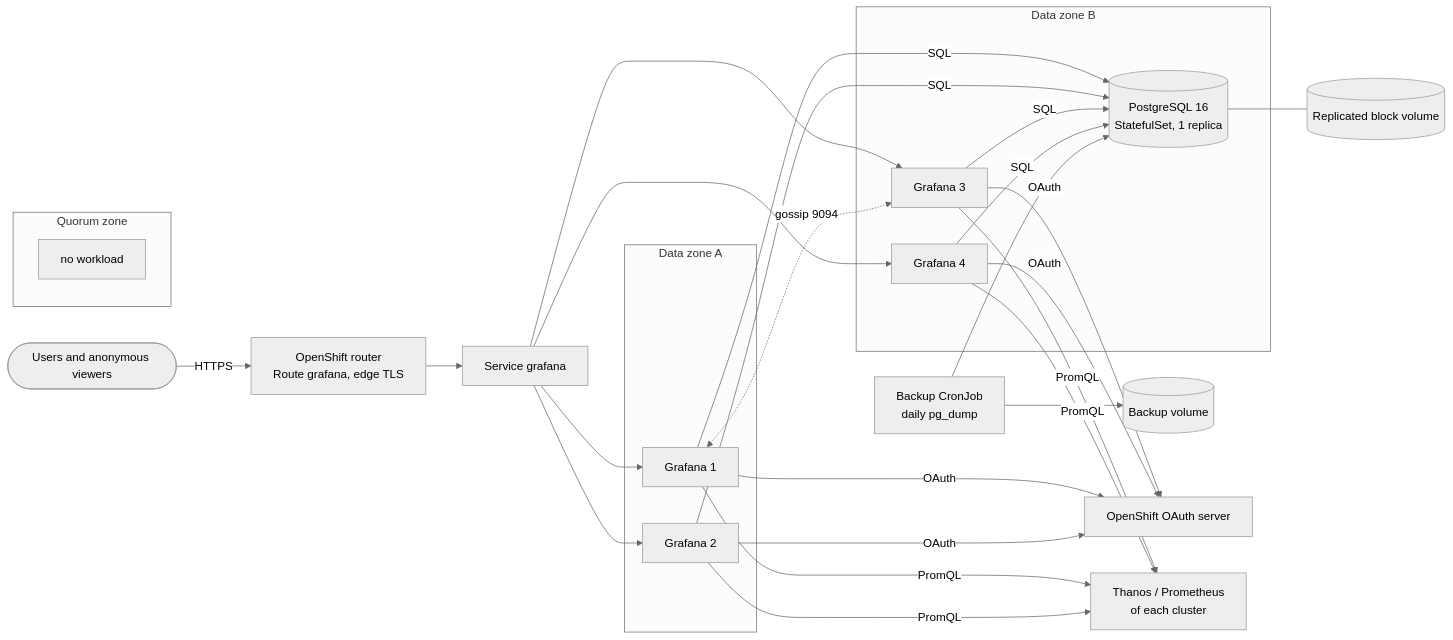
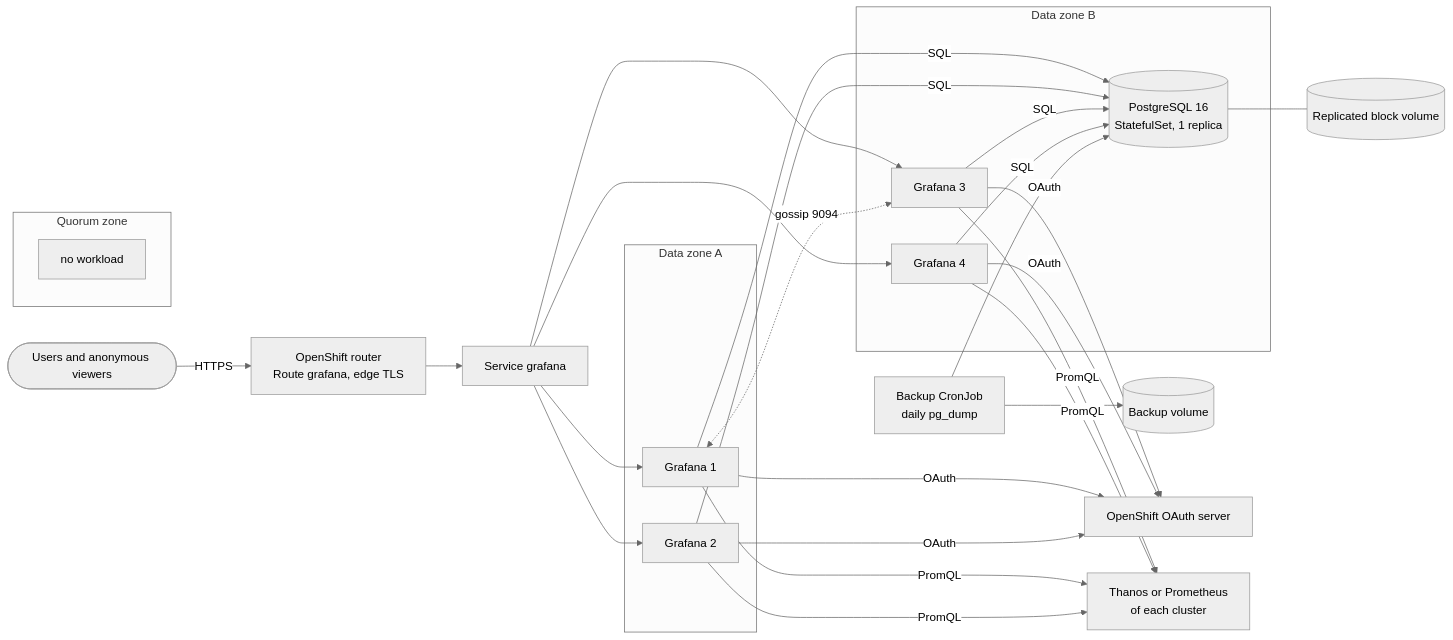
One commit to fwissem/grafana-openshift-ha changed the diagram in docs/ARCHITECTURE.md. Above: the diagram before and after it, drawn with Mermaid (neutral theme). The commit also changed other lines of this file and 7 other files, not shown here.

````diff
--- a/docs/ARCHITECTURE.md
+++ b/docs/ARCHITECTURE.md
@@ -5,25 +5,25 @@
 ```mermaid
 flowchart LR
   user([Users and anonymous viewers]) -->|HTTPS| router[OpenShift router<br/>Route grafana, edge TLS]
   router --> svc[Service grafana]
   subgraph A[Data zone A]
     g1[Grafana 1]
     g2[Grafana 2]
   end
   subgraph B[Data zone B]
     g3[Grafana 3]
     g4[Grafana 4]
     pg[(PostgreSQL 16<br/>StatefulSet, 1 replica)]
   end
   subgraph Q[Quorum zone]
     none[no workload]
   end
   svc --> g1 & g2 & g3 & g4
   g1 & g2 & g3 & g4 -->|SQL| pg
   g1 <-.->|gossip 9094| g3
   pg --- vol[(Replicated block volume)]
   cron[Backup CronJob<br/>daily pg_dump] --> pg
   cron --> bvol[(Backup volume)]
   g1 & g2 & g3 & g4 -->|OAuth| oauth[OpenShift OAuth server]
-  g1 & g2 & g3 & g4 -->|PromQL| thanos[Thanos / Prometheus<br/>of each cluster]
+  g1 & g2 & g3 & g4 -->|PromQL| thanos[Thanos or Prometheus<br/>of each cluster]
 ```
````
